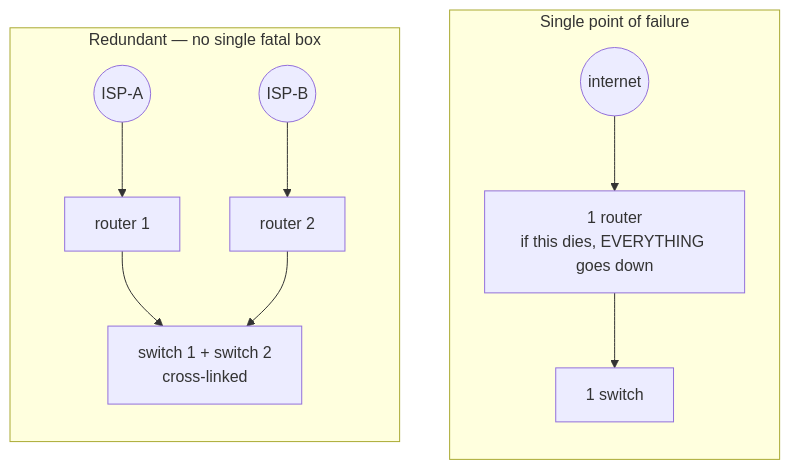
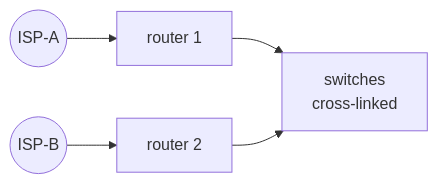
One commit to Topurrra/themissingmanual changed the third of 3 diagrams in guides/designing-an-enterprise-network/02-scaling-and-reliability.md. Above: the diagram before and after it, drawn with Mermaid. The commit also changed other lines of this file and 15 other files, not shown here.

Commit message:
fixed mermaid diagrams

````diff
--- a/guides/designing-an-enterprise-network/02-scaling-and-reliability.md
+++ b/guides/designing-an-enterprise-network/02-scaling-and-reliability.md
@@ -64,15 +70,5 @@
 ```mermaid
-flowchart TD
-  subgraph SPOF["Single point of failure"]
-    direction TB
-    net1((internet)) --> r1[1 router<br/>if this dies, EVERYTHING goes down]
-    r1 --> sw1[1 switch]
-  end
-  subgraph RED["Redundant — no single fatal box"]
-    direction TB
-    ispa((ISP-A)) --> ra[router 1]
-    ispb((ISP-B)) --> rb[router 2]
-    ra --> sws[switch 1 + switch 2<br/>cross-linked]
-    rb --> sws
-  end
+flowchart LR
+  A((ISP-A)) --> r1[router 1] --> sw["switches<br/>cross-linked"]
+  B((ISP-B)) --> r2[router 2] --> sw
 ```
````
